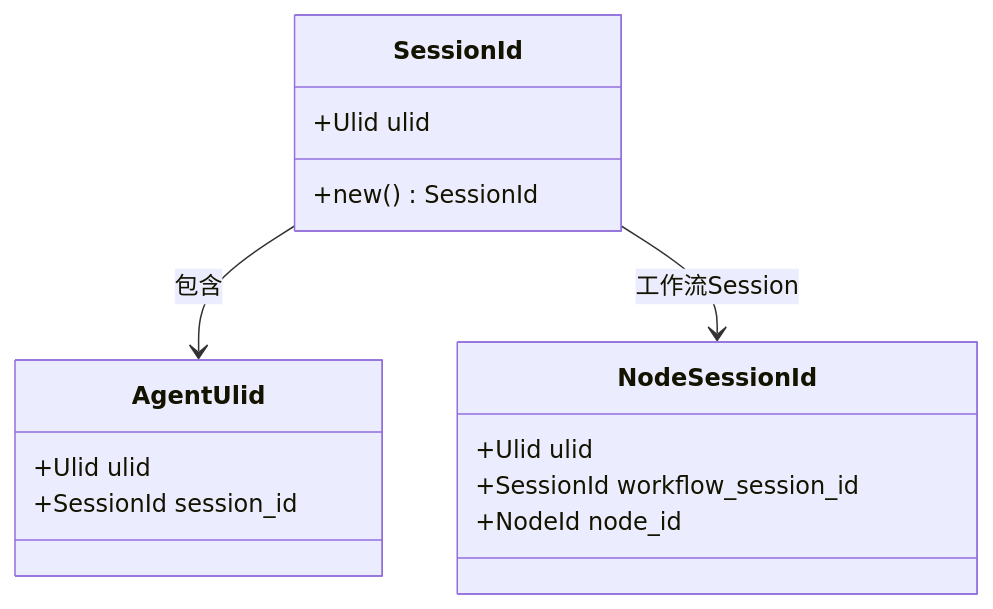
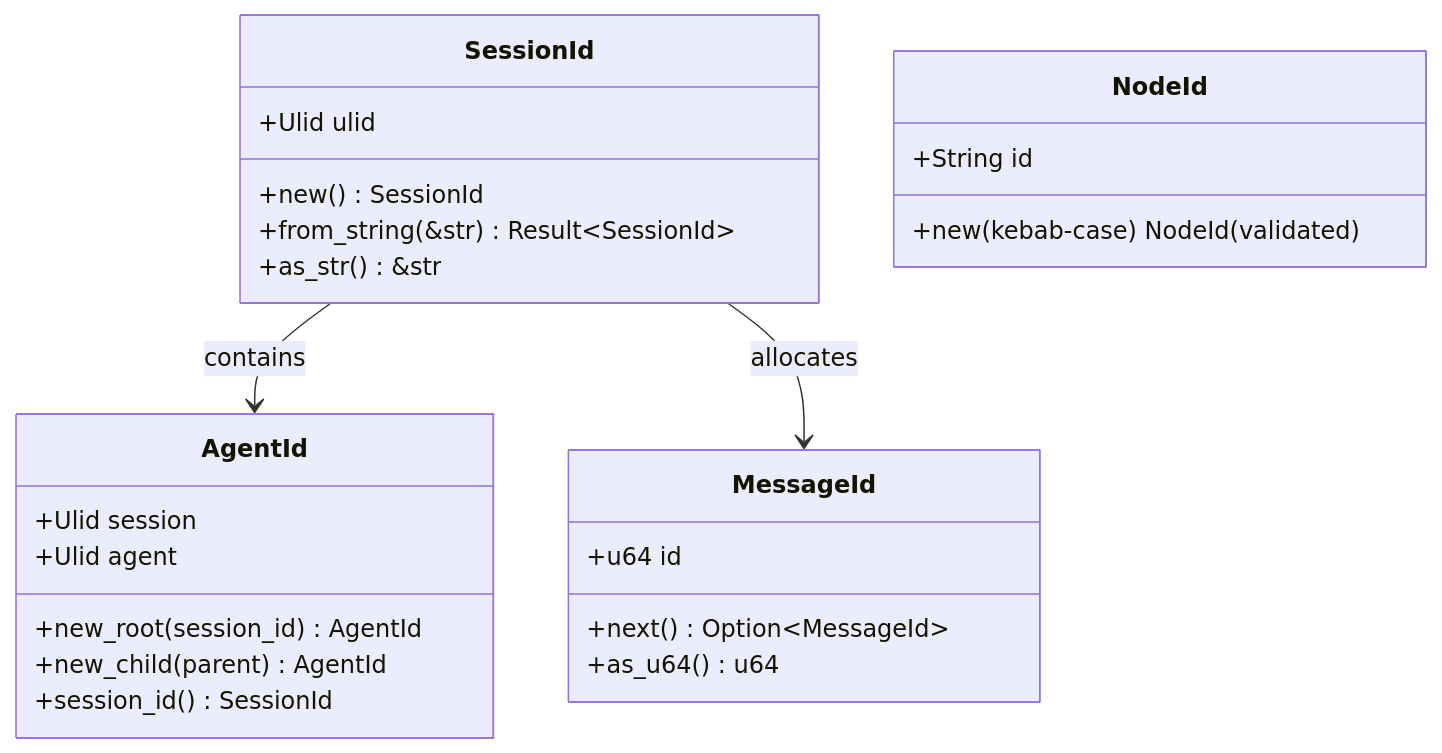
One commit to MiyakoMeow/neoco changed the first of 3 diagrams in progress/TECH-SESSION.md. Above: the diagram before and after it, drawn with Mermaid. The commit also changed other lines of this file and 11 other files, not shown here.

````diff
--- a/progress/TECH-SESSION.md
+++ b/progress/TECH-SESSION.md
@@ -13,21 +16,31 @@
 ```mermaid
 classDiagram
     class SessionId {
         +Ulid ulid
         +new() SessionId
+        +from_string(&str) Result~SessionId~
+        +as_str() &str
     }
     
-    class AgentUlid {
-        +Ulid ulid
-        +SessionId session_id
+    class AgentId {
+        +Ulid session
+        +Ulid agent
+        +new_root(session_id) AgentId
+        +new_child(parent) AgentId
+        +session_id() SessionId
     }
     
-    class NodeSessionId {
-        +Ulid ulid
-        +SessionId workflow_session_id
-        +NodeId node_id
+    class MessageId {
+        +u64 id
+        +next() Option~MessageId~
+        +as_u64() u64
     }
     
-    SessionId --> AgentUlid : 包含
-    SessionId --> NodeSessionId : 工作流Session
+    class NodeId {
+        +String id
+        +new(kebab-case) NodeId (validated)
+    }
+    
+    SessionId --> AgentId : contains
+    SessionId --> MessageId : allocates
 ```
````
